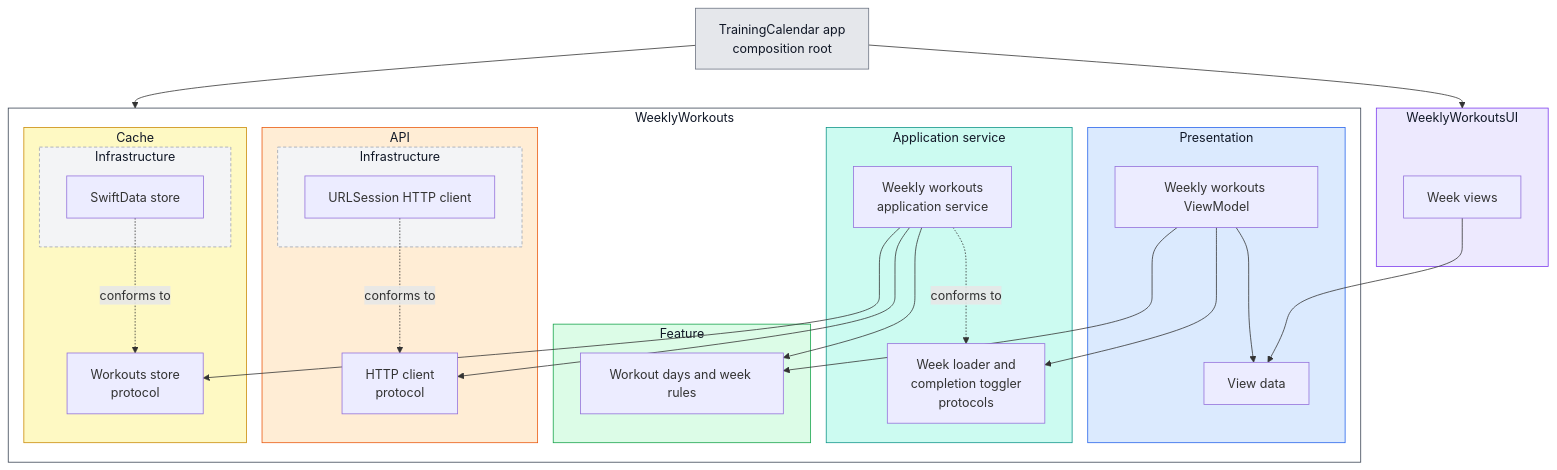
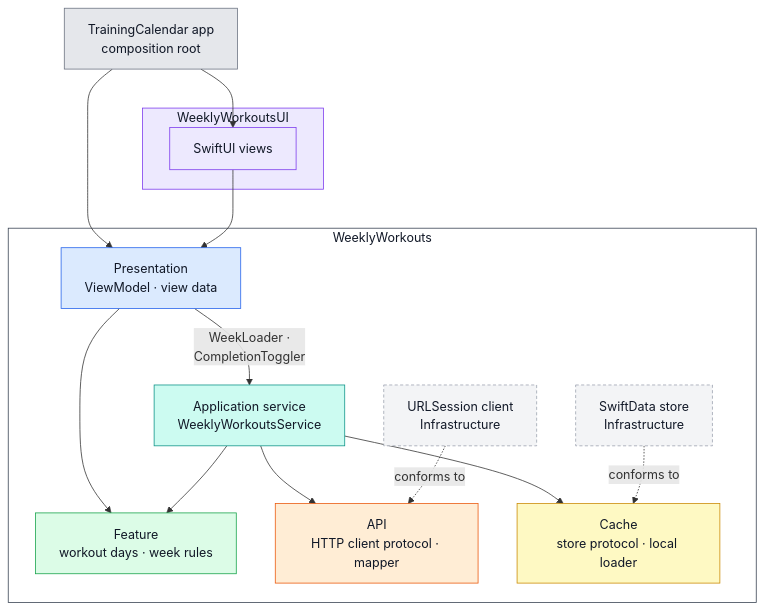
One commit to tringuyen623/training-calendar changed the second of 2 diagrams in README.md. Above: the diagram before and after it, drawn with Mermaid.

Commit message:
Redraw the architecture diagram in layers so it reads top to bottom instead of one crowded row

````diff
--- a/README.md
+++ b/README.md
@@ -385,58 +385,41 @@
 ```mermaid
 graph TD
     App["TrainingCalendar app<br/>composition root"]
 
     subgraph UIModule["WeeklyWorkoutsUI"]
-        Views["Week views"]
+        Views["SwiftUI views"]
     end
 
     subgraph Package["WeeklyWorkouts"]
-        subgraph Presentation["Presentation"]
-            ViewModel["Weekly workouts ViewModel"]
-            ViewData["View data"]
-        end
-        subgraph Application["Application service"]
-            Roles["Week loader and<br/>completion toggler<br/>protocols"]
-            Service["Weekly workouts<br/>application service"]
-        end
-        subgraph Feature["Feature"]
-            Domain["Workout days and week rules"]
-        end
-        subgraph API["API"]
-            Client["HTTP client<br/>protocol"]
-            subgraph APIInfra["Infrastructure"]
-                URLSession["URLSession HTTP client"]
-            end
-        end
-        subgraph Cache["Cache"]
-            Store["Workouts store<br/>protocol"]
-            subgraph CacheInfra["Infrastructure"]
-                SwiftData["SwiftData store"]
-            end
-        end
+        Presentation["Presentation<br/>ViewModel · view data"]
+        Service["Application service<br/>WeeklyWorkoutsService"]
+        Feature["Feature<br/>workout days · week rules"]
+        API["API<br/>HTTP client protocol · mapper"]
+        Cache["Cache<br/>store protocol · local loader"]
+        URLSession["URLSession client<br/>Infrastructure"]
+        SwiftData["SwiftData store<br/>Infrastructure"]
     end
 
-    App --> UIModule
-    App --> Package
-    Views --> ViewData
-    ViewModel --> ViewData
-    ViewModel --> Roles
-    ViewModel --> Domain
-    Service --> Domain
-    Service --> Client
-    Service --> Store
-    Service -. conforms to .-> Roles
-    URLSession -. conforms to .-> Client
-    SwiftData -. conforms to .-> Store
+    App --> Views
+    App --> Presentation
+    Views --> Presentation
+    Presentation -- "WeekLoader ·<br/>CompletionToggler" --> Service
+    Presentation --> Feature
+    Service --> Feature
+    Service --> API
+    Service --> Cache
+    URLSession -. conforms to .-> API
+    SwiftData -. conforms to .-> Cache
 
     style App fill:#E5E7EB,stroke:#6B7280,color:#111827
     style UIModule fill:#EDE9FE,stroke:#7C3AED,color:#111827
+    style Views fill:#EDE9FE,stroke:#7C3AED,color:#111827
     style Package fill:#FFFFFF,stroke:#374151,color:#111827
     style Presentation fill:#DBEAFE,stroke:#2563EB,color:#111827
-    style Application fill:#CCFBF1,stroke:#0D9488,color:#111827
+    style Service fill:#CCFBF1,stroke:#0D9488,color:#111827
     style Feature fill:#DCFCE7,stroke:#16A34A,color:#111827
     style API fill:#FFEDD5,stroke:#EA580C,color:#111827
     style Cache fill:#FEF9C3,stroke:#CA8A04,color:#111827
-    style APIInfra fill:#F3F4F6,stroke:#9CA3AF,stroke-dasharray:4 3,color:#111827
-    style CacheInfra fill:#F3F4F6,stroke:#9CA3AF,stroke-dasharray:4 3,color:#111827
+    style URLSession fill:#F3F4F6,stroke:#9CA3AF,stroke-dasharray:4 3,color:#111827
+    style SwiftData fill:#F3F4F6,stroke:#9CA3AF,stroke-dasharray:4 3,color:#111827
 ```
````
